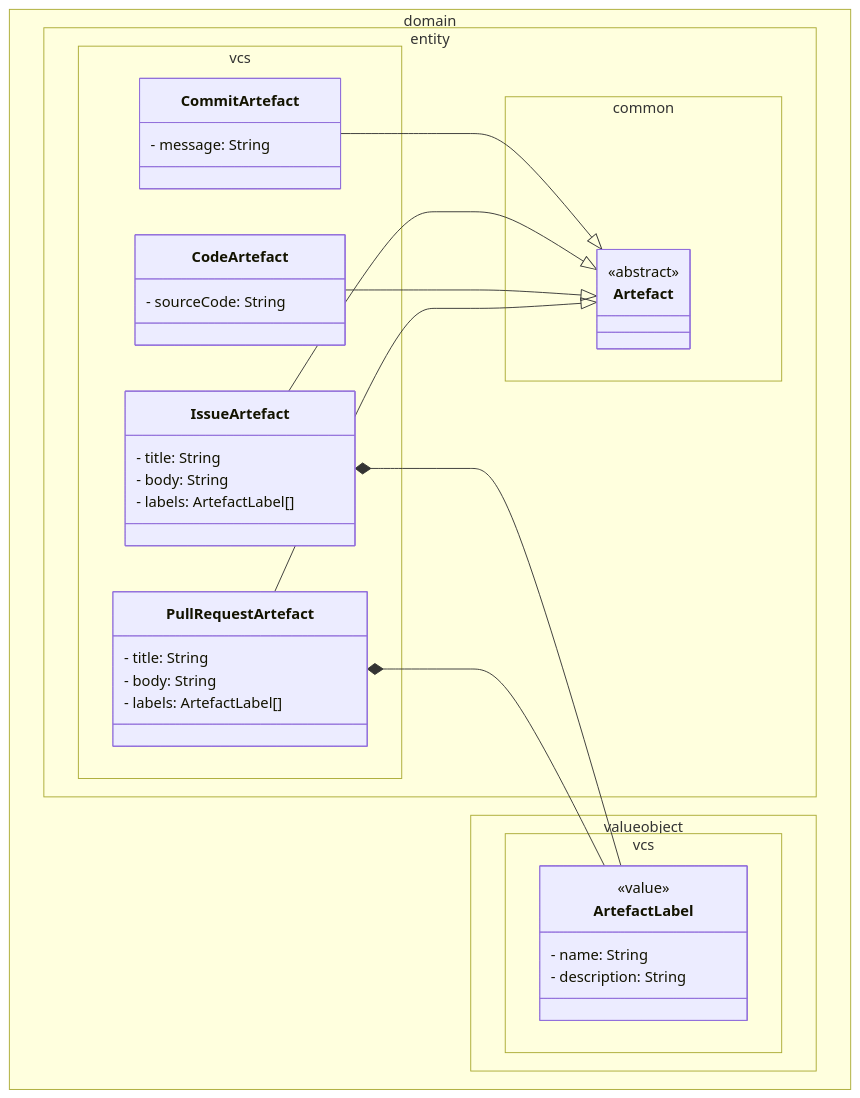
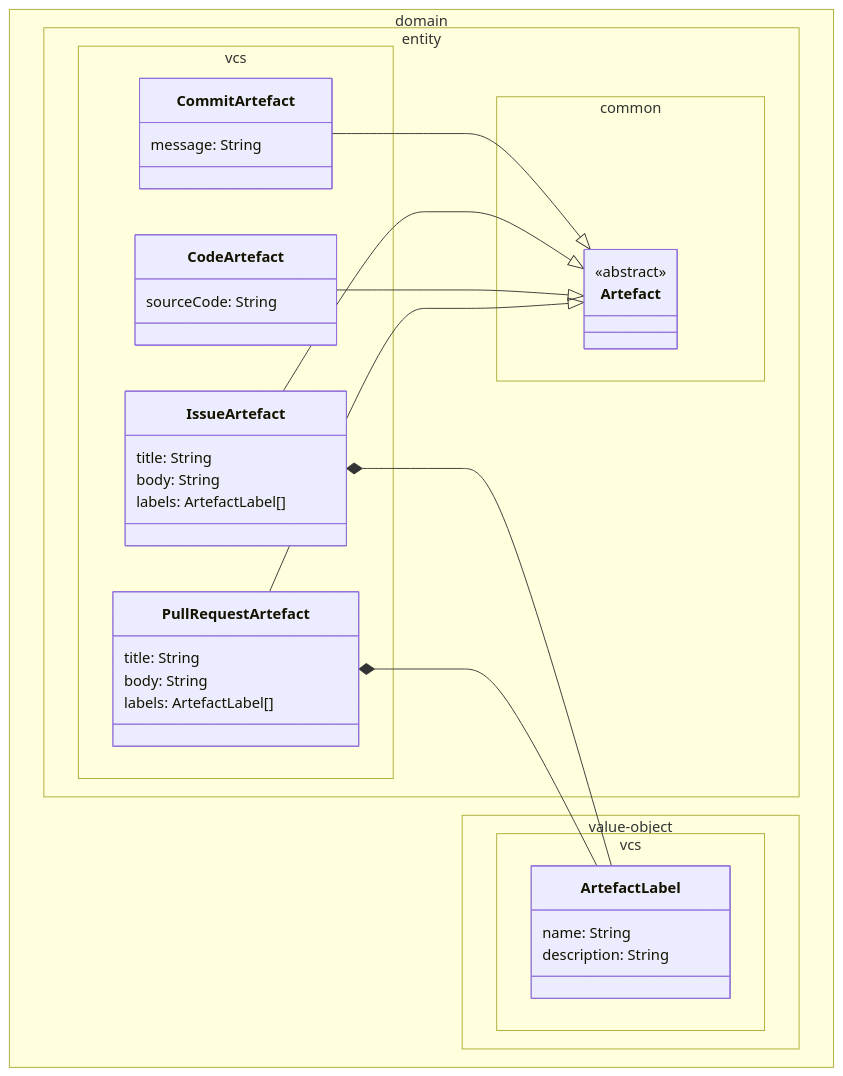
One commit to BHarris02/SASD-Detection-Tool changed the first of 2 diagrams in docs/entities.md. Above: the diagram before and after it, drawn with Mermaid.

Commit message:
feat(docs): update analysis entities diagram

````diff
--- a/docs/entities.md
+++ b/docs/entities.md
@@ -5,47 +5,46 @@
 ```mermaid
 classDiagram
     namespace domain.entity.common {
         class Artefact {
             <<abstract>>
         }
     }
 
     namespace domain.entity.vcs {
         class CommitArtefact {
-            - message: String
+            message: String
         }
 
         class IssueArtefact {
-            - title: String
-            - body: String
-            - labels: ArtefactLabel[]
+            title: String
+            body: String
+            labels: ArtefactLabel[]
         }
 
         class CodeArtefact {
-            - sourceCode: String
+            sourceCode: String
         }
 
         class PullRequestArtefact {
-            - title: String
-            - body: String
-            - labels: ArtefactLabel[]
+            title: String
+            body: String
+            labels: ArtefactLabel[]
         }
     }
 
-    namespace domain.valueobject.vcs {
+    namespace domain.value-object.vcs {
         class ArtefactLabel {
-            <<value>>
-            - name: String
-            - description: String
+            name: String
+            description: String
         }
     }
 
 CommitArtefact --|> Artefact
 IssueArtefact --|> Artefact
 CodeArtefact --|> Artefact
 PullRequestArtefact --|> Artefact
 
 IssueArtefact *-- ArtefactLabel
 PullRequestArtefact *-- ArtefactLabel
 
 ```
````
